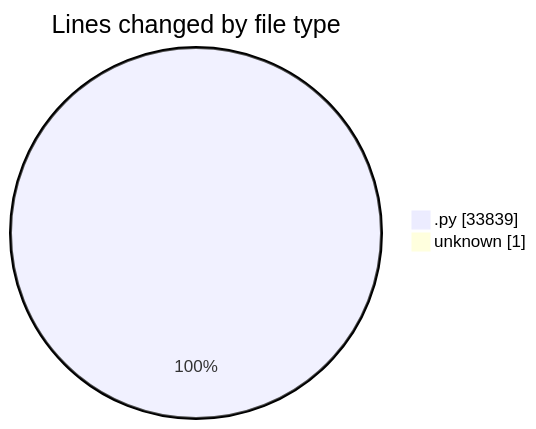
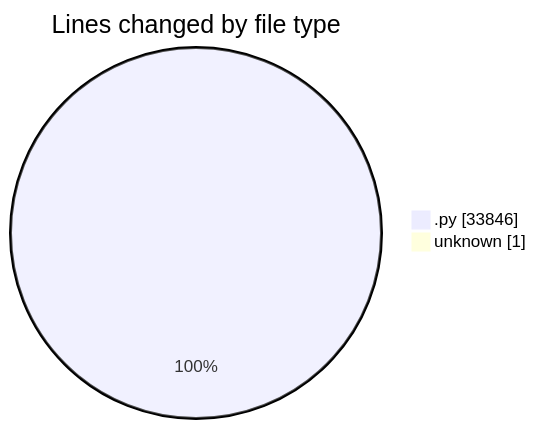
The first of 2 diagrams in 2025-11-22/eventscop-api-guide__workspace_/README.md (julien-gomy/code-tracking), drawn with Mermaid before and after one commit. The commit also changed other lines of this file and 1 other file, not shown here.

````diff
--- a/2025-11-22/eventscop-api-guide__workspace_/README.md
+++ b/2025-11-22/eventscop-api-guide__workspace_/README.md
@@ -32,6 +32,6 @@
 ```mermaid
 pie showData
 title Lines changed by file type
-".py" : 33839
+".py" : 33846
 "unknown" : 1
 ```
````
